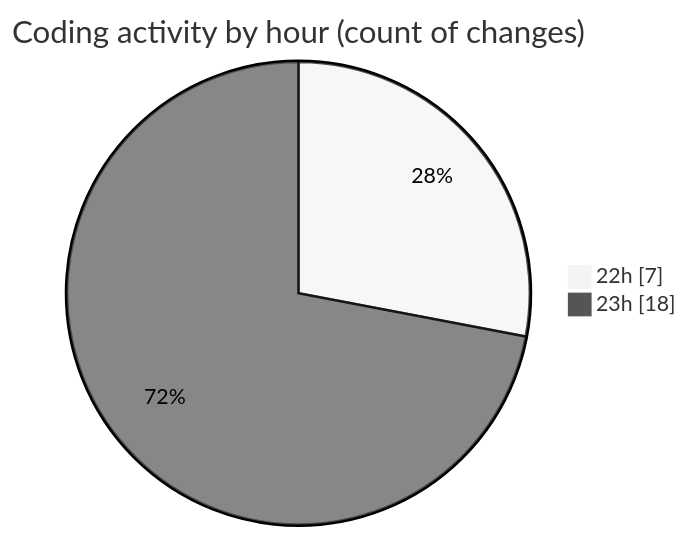
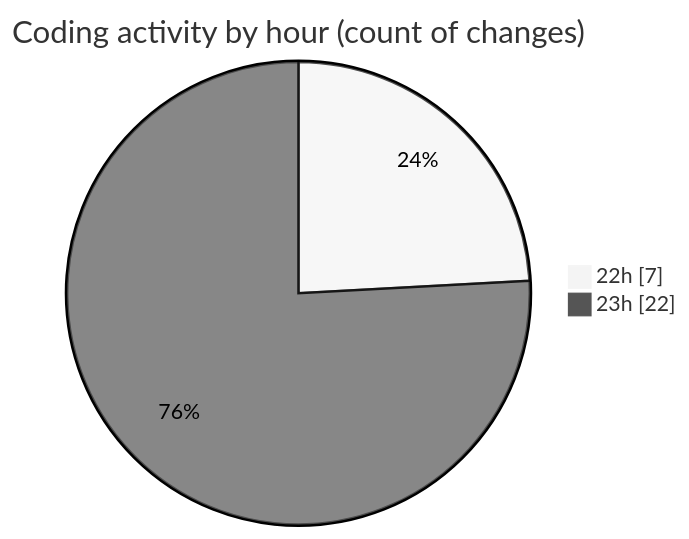
Before and after one commit to hasnaa123/code-tracking: the second of 2 diagrams in 2025-12-24/technologie_web/README.md, drawn with Mermaid (neutral theme). The commit also changed other lines of this file and 1 other file, not shown here.

````diff
--- a/2025-12-24/technologie_web/README.md
+++ b/2025-12-24/technologie_web/README.md
@@ -28,6 +28,6 @@
 ```mermaid
 pie showData
 title Coding activity by hour (count of changes)
 "22h" : 7
-"23h" : 18
+"23h" : 22
 ```
````
